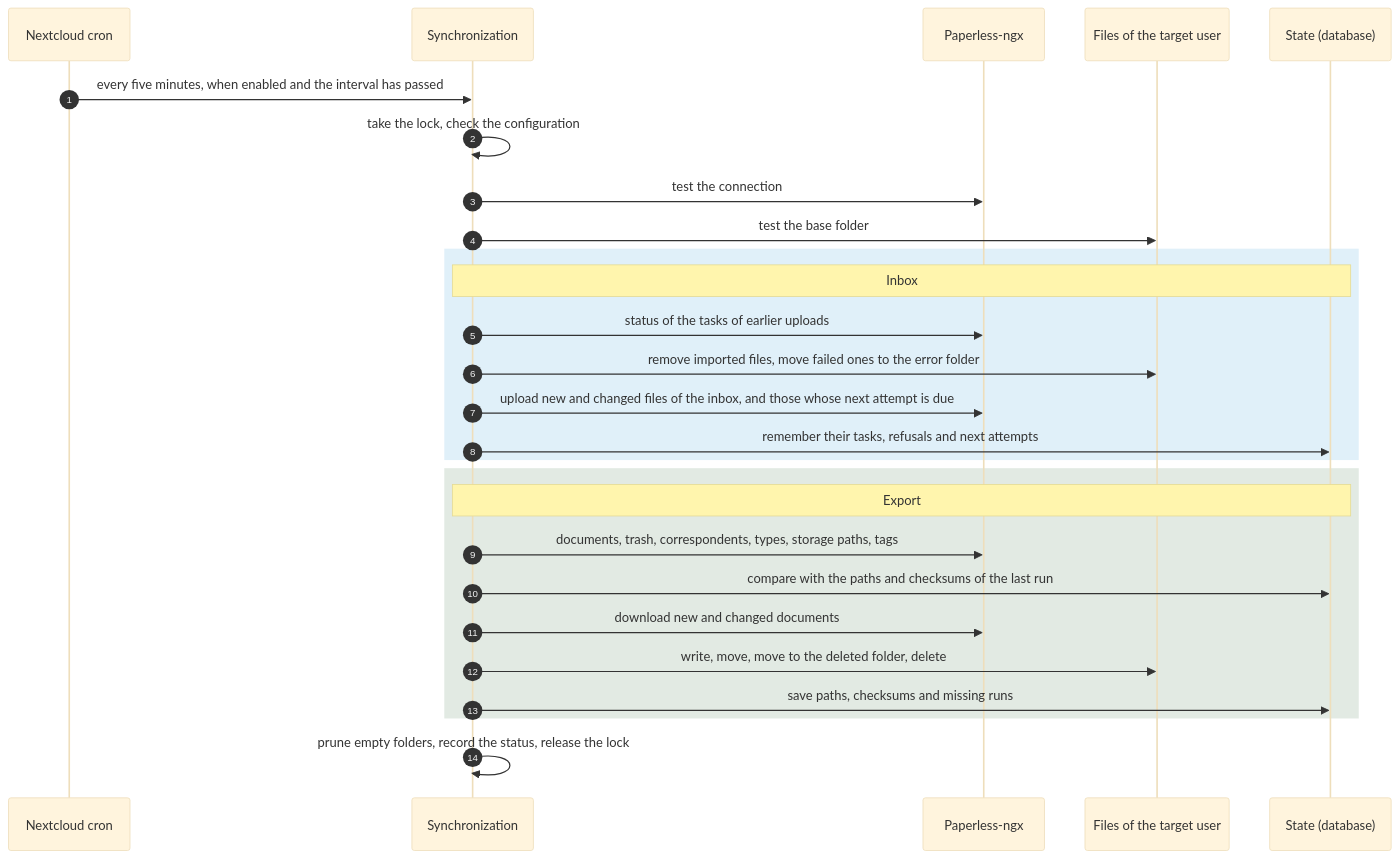
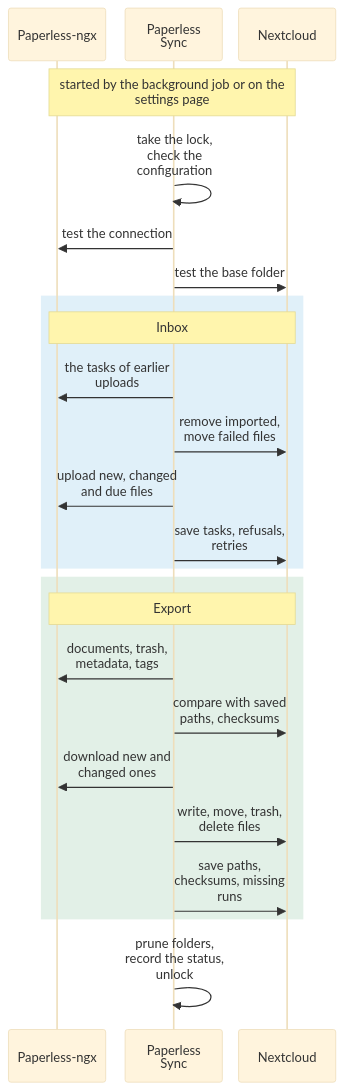
One commit to Dennis-Otto/paperless-sync changed the third of 3 diagrams in docs/architecture.md. Above: the diagram before and after it, drawn with Mermaid (base theme). The commit also changed other lines of this file and 4 other files, not shown here.

First line of the commit message:
docs: readable and accessible diagrams on the website

````diff
--- a/docs/architecture.md
+++ b/docs/architecture.md
@@ -54,29 +98,36 @@
 ```mermaid
+---
+config:
+  sequence:
+    wrap: true
+    width: 120
+    actorMargin: 20
+    diagramMarginX: 8
+---
 sequenceDiagram
-    autonumber
-    participant Cron as Nextcloud cron
-    participant Sync as Synchronization
+    accTitle: One run of the synchronization
+    accDescr: The background job or the settings page starts a run. Paperless Sync takes the lock, checks the configuration, and tests the connection to Paperless-ngx and the base folder in Nextcloud. Inbox: it asks Paperless for the tasks of earlier uploads, removes imported files from Nextcloud and moves failed ones, uploads new, changed and due files to Paperless, and stores their tasks, refusals and retries in the database. Export: it reads the documents, the trash and the metadata from Paperless, compares their paths and checksums with those in the database, downloads new and changed documents, writes, moves, trashes and deletes their files, and saves paths, checksums and missing runs. Finally it prunes empty folders, records the status and releases the lock.
     participant Paperless as Paperless-ngx
-    participant Files as Files of the target user
-    participant State as State (database)
-    Cron->>Sync: every five minutes, when enabled and the interval has passed
+    participant Sync as Paperless Sync
+    participant Nextcloud as Nextcloud
+    Note over Paperless,Nextcloud: started by the background job or on the settings page
     Sync->>Sync: take the lock, check the configuration
     Sync->>Paperless: test the connection
-    Sync->>Files: test the base folder
+    Sync->>Nextcloud: test the base folder
     rect rgba(0, 130, 201, 0.12)
-        Note over Sync,State: Inbox
-        Sync->>Paperless: status of the tasks of earlier uploads
-        Sync->>Files: remove imported files, move failed ones to the error folder
-        Sync->>Paperless: upload new and changed files of the inbox, and those whose next attempt is due
-        Sync->>State: remember their tasks, refusals and next attempts
+        Note over Paperless,Nextcloud: Inbox
+        Sync->>Paperless: the tasks of earlier uploads
+        Sync->>Nextcloud: remove imported, move failed files
+        Sync->>Paperless: upload new, changed and due files
+        Sync->>Nextcloud: save tasks, refusals, retries
     end
-    rect rgba(23, 84, 31, 0.12)
-        Note over Sync,State: Export
-        Sync->>Paperless: documents, trash, correspondents, types, storage paths, tags
-        Sync->>State: compare with the paths and checksums of the last run
-        Sync->>Paperless: download new and changed documents
-        Sync->>Files: write, move, move to the deleted folder, delete
-        Sync->>State: save paths, checksums and missing runs
+    rect rgba(23, 128, 61, 0.12)
+        Note over Paperless,Nextcloud: Export
+        Sync->>Paperless: documents, trash, metadata, tags
+        Sync->>Nextcloud: compare with saved paths, checksums
+        Sync->>Paperless: download new and changed ones
+        Sync->>Nextcloud: write, move, trash, delete files
+        Sync->>Nextcloud: save paths, checksums, missing runs
     end
-    Sync->>Sync: prune empty folders, record the status, release the lock
+    Sync->>Sync: prune folders, record the status, unlock
 ```
````
